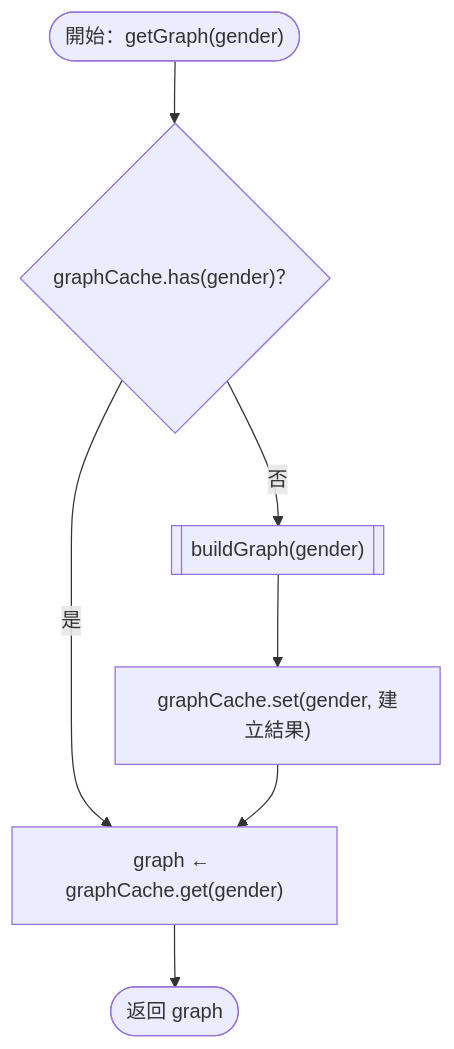
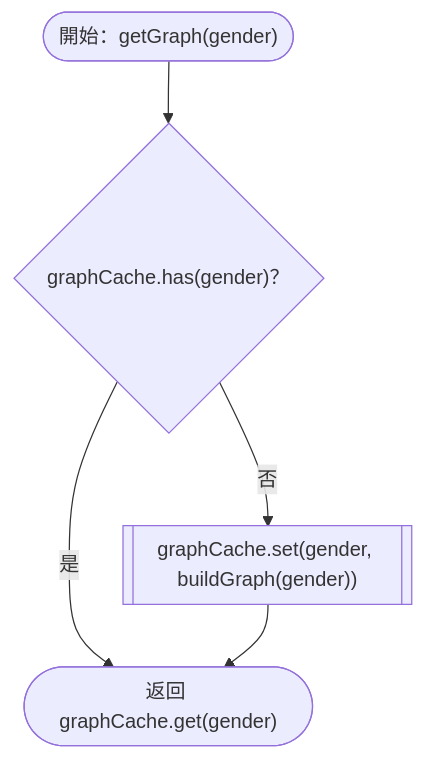
Before and after one commit to Chuen666666/hw3: diagram 20 of 29 in README.md, drawn with Mermaid. The commit also changed other lines of this file, not shown here.

Commit message:
使流程圖回傳與迴圈貼合原始碼

````diff
--- a/README.md
+++ b/README.md
@@ -267,9 +261,7 @@
 ```mermaid
 flowchart TD
     START(["開始：getGraph(gender)"]) --> CACHE{"graphCache.has(gender)？"}
-    CACHE -- "否" --> BUILD[["buildGraph(gender)"]]
-    BUILD --> SAVE["graphCache.set(gender, 建立結果)"]
-    CACHE -- "是" --> GET["graph ← graphCache.get(gender)"]
-    SAVE --> GET
-    GET --> RETURN(["返回 graph"])
+    CACHE -- "否" --> SAVE[["graphCache.set(gender, buildGraph(gender))"]]
+    CACHE -- "是" --> RETURN(["返回 graphCache.get(gender)"])
+    SAVE --> RETURN
 ```
````
